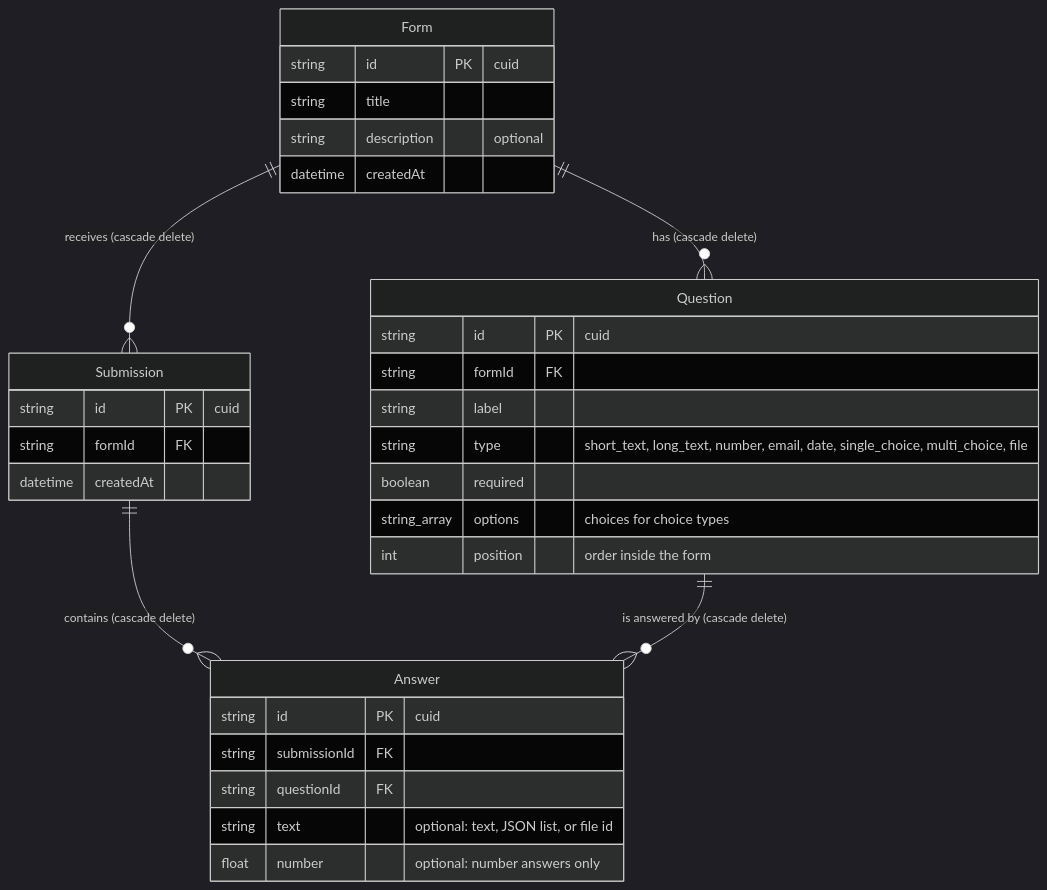
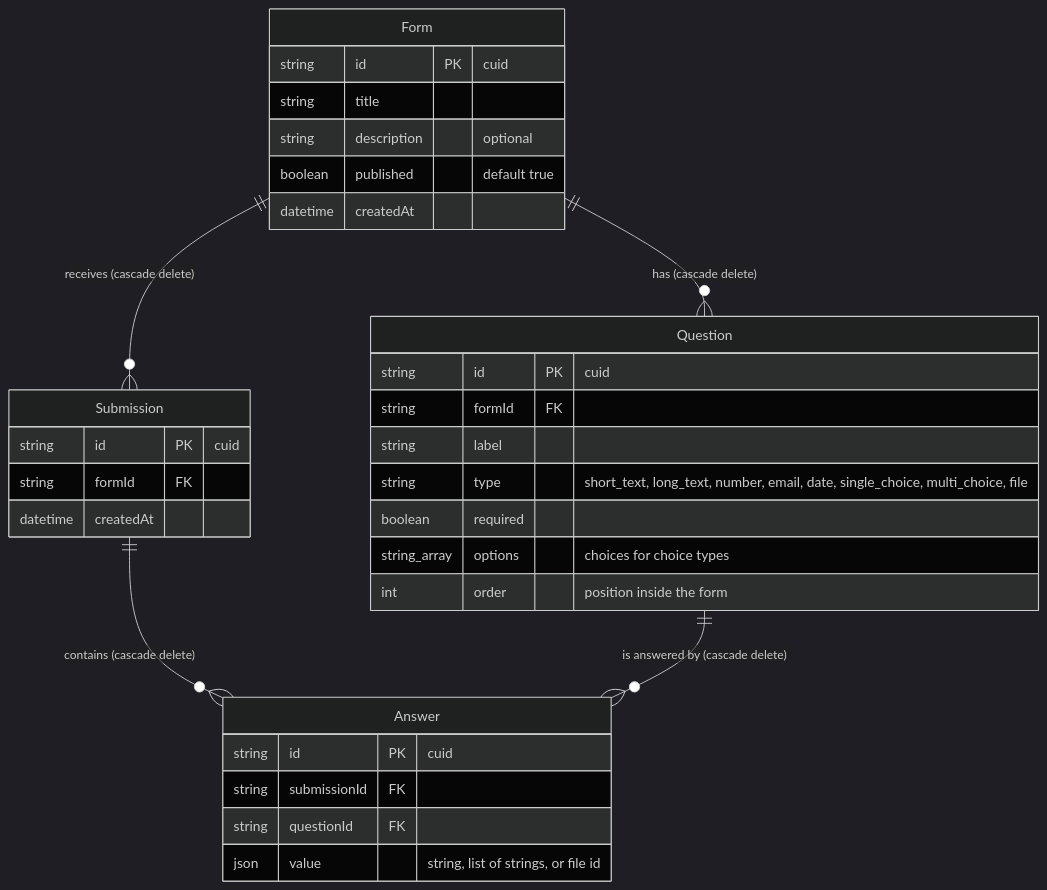
Before and after one commit to kasinadhsarma/survey-forms: the diagram in docs/schema.mmd, drawn with Mermaid (dark theme). The commit also changed 2 other files, not shown here.

Commit message:
feat: update form and submission schemas to use JSON for answers and improve order handling

```diff
--- a/docs/schema.mmd
+++ b/docs/schema.mmd
@@ -1,33 +1,33 @@
 erDiagram
     Form ||--o{ Question : "has (cascade delete)"
     Form ||--o{ Submission : "receives (cascade delete)"
     Submission ||--o{ Answer : "contains (cascade delete)"
     Question ||--o{ Answer : "is answered by (cascade delete)"
 
     Form {
         string id PK "cuid"
         string title
         string description "optional"
+        boolean published "default true"
         datetime createdAt
     }
     Question {
         string id PK "cuid"
         string formId FK
         string label
         string type "short_text, long_text, number, email, date, single_choice, multi_choice, file"
         boolean required
         string_array options "choices for choice types"
-        int position "order inside the form"
+        int order "position inside the form"
     }
     Submission {
         string id PK "cuid"
         string formId FK
         datetime createdAt
     }
     Answer {
         string id PK "cuid"
         string submissionId FK
         string questionId FK
-        string text "optional: text, JSON list, or file id"
-        float number "optional: number answers only"
+        json value "string, list of strings, or file id"
     }
```
